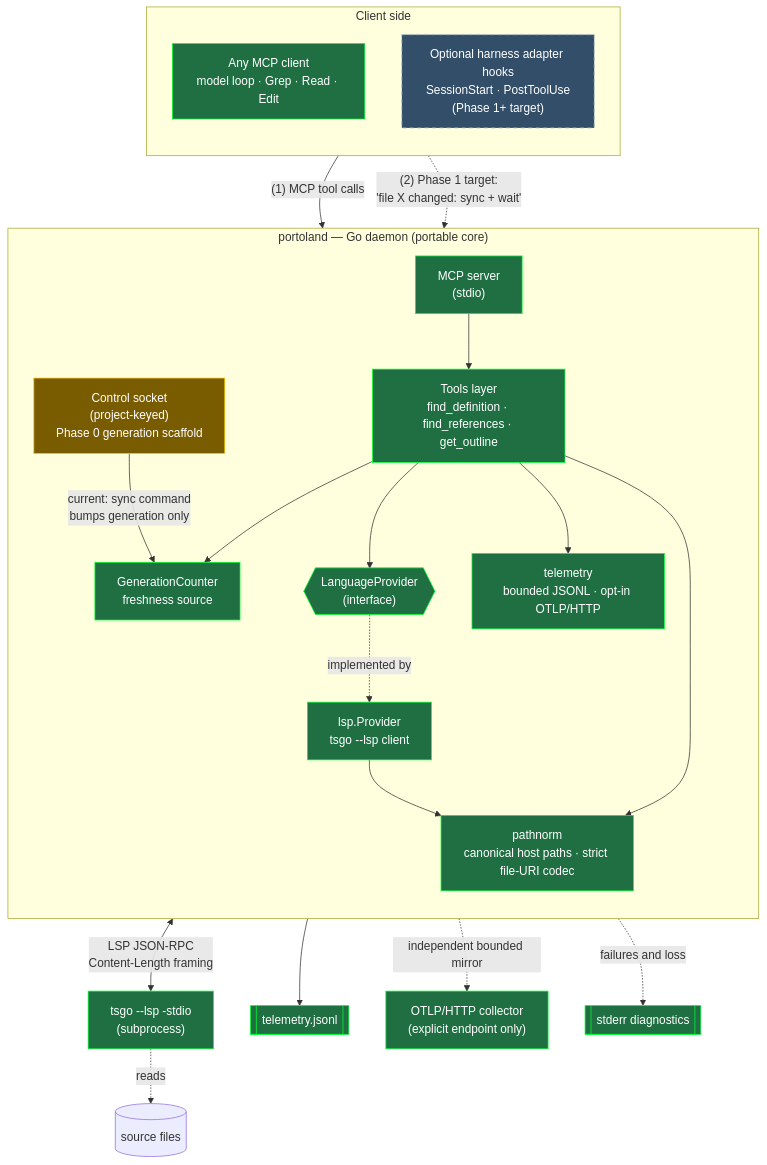
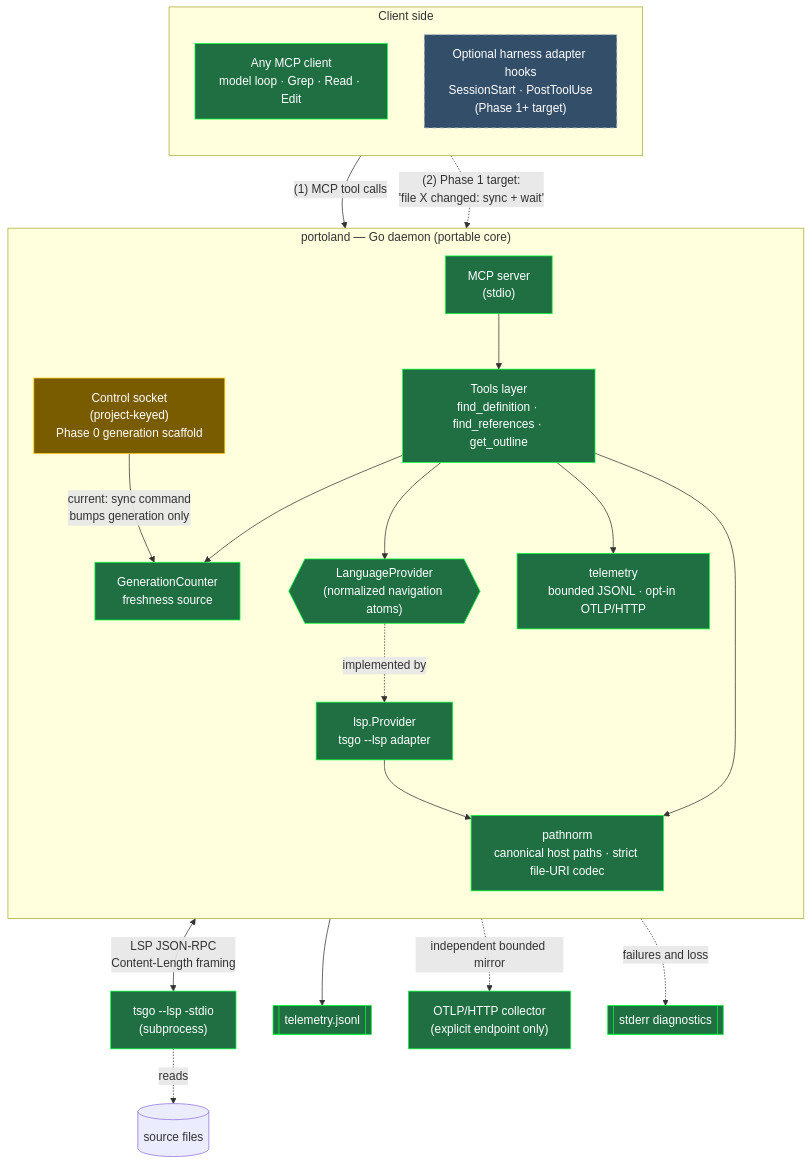
One commit to skflowne/portolan changed the first of 6 diagrams in ARCHITECTURE.md. Above: the diagram before and after it, drawn with Mermaid. The commit also changed other lines of this file and 1 other file, not shown here.

Commit message:
M3: document navigation atom ownership

````diff
--- a/ARCHITECTURE.md
+++ b/ARCHITECTURE.md
@@ -20,49 +20,49 @@
 ```mermaid
 flowchart TB
     subgraph Clients["Client side"]
         direction TB
         Model["Any MCP client<br/>model loop · Grep · Read · Edit"]
         Hooks["Optional harness adapter hooks<br/>SessionStart · PostToolUse<br/>(Phase 1+ target)"]
     end
 
     subgraph Daemon["portoland — Go daemon (portable core)"]
         direction TB
         MCP["MCP server<br/>(stdio)"]
         Ctl["Control socket<br/>(project-keyed)<br/>Phase 0 generation scaffold"]
         Tools["Tools layer<br/>find_definition · find_references · get_outline"]
         Gen["GenerationCounter<br/>freshness source"]
-        Prov{{"LanguageProvider<br/>(interface)"}}
-        LSP["lsp.Provider<br/>tsgo --lsp client"]
+        Prov{{"LanguageProvider<br/>(normalized navigation atoms)"}}
+        LSP["lsp.Provider<br/>tsgo --lsp adapter"]
         Path["pathnorm<br/>canonical host paths · strict file-URI codec"]
         Tel["telemetry<br/>bounded JSONL · opt-in OTLP/HTTP"]
     end
 
     Tsgo["tsgo --lsp -stdio<br/>(subprocess)"]
     Files[("source files")]
     JSONL[["telemetry.jsonl"]]
     OTLP["OTLP/HTTP collector<br/>(explicit endpoint only)"]
     Stderr[["stderr diagnostics"]]
 
     Model -->|"(1) MCP tool calls"| MCP
     Hooks -.->|"(2) Phase 1 target:<br/>'file X changed: sync + wait'"| Ctl
     MCP --> Tools
     Tools --> Path
     Tools --> Gen
     Tools --> Prov
     Tools --> Tel
     Prov -. implemented by .-> LSP
     LSP --> Path
     LSP <-->|"LSP JSON-RPC<br/>Content-Length framing"| Tsgo
     Tsgo -.reads.-> Files
     Ctl -->|"current: sync command<br/>bumps generation only"| Gen
     Tel --> JSONL
     Tel -. independent bounded mirror .-> OTLP
     Tel -. failures and loss .-> Stderr
 
     classDef built fill:#1f6f43,stroke:#0f3,color:#fff;
     classDef scaffold fill:#7a5c00,stroke:#fc0,color:#fff;
     classDef future fill:#334e68,stroke:#9fb3c8,color:#fff,stroke-dasharray: 5 5;
     class Model,MCP,Tools,Gen,Prov,LSP,Path,Tel,Tsgo,JSONL,OTLP,Stderr built;
     class Ctl scaffold;
     class Hooks future;
 ```
````
